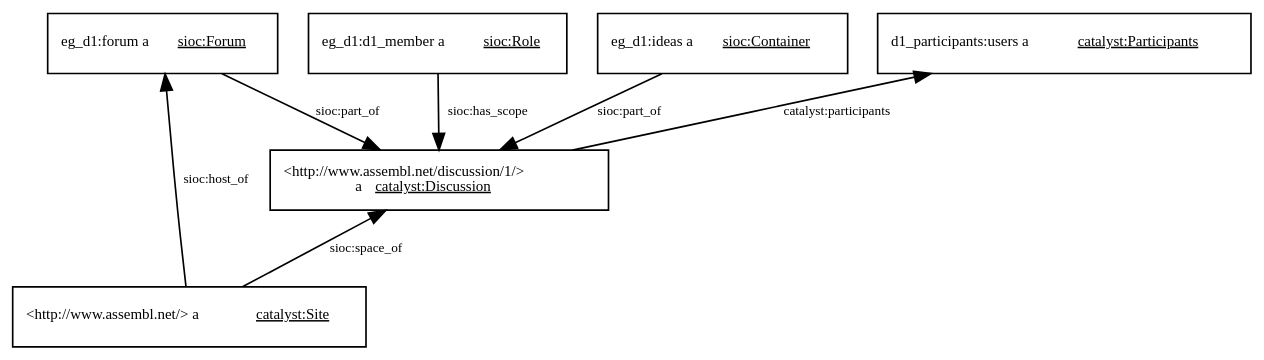
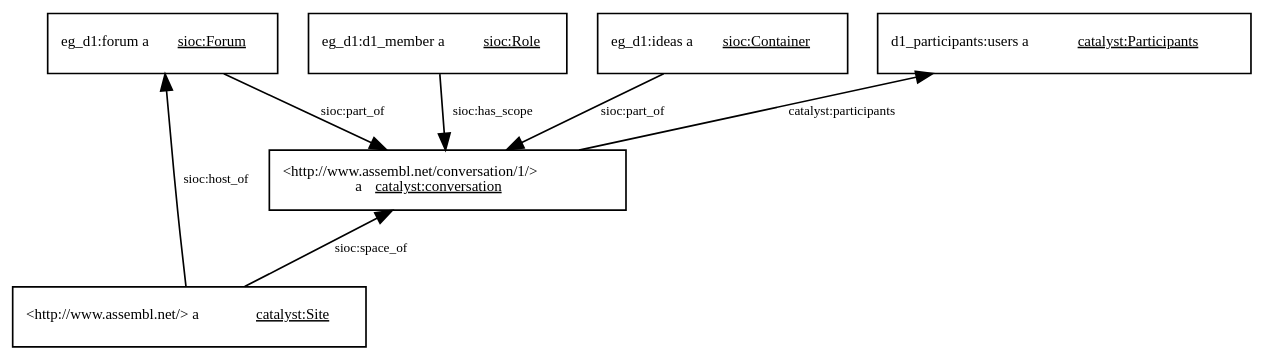
The sixth of 16 diagrams in interoperability/interoperability.md (catalyst-fp7/documents), drawn with Graphviz before and after one commit. The commit also changed other lines of this file, not shown here.

Commit message:
discussion->conversation

````diff
--- a/interoperability/interoperability.md
+++ b/interoperability/interoperability.md
@@ -869,20 +869,20 @@
 ```graphviz 0.59
 digraph g {
     graph [bgcolor="transparent", rankdir="TB", compound="true"];
     node [fillcolor=white, style=filled,  shape=record, fontsize=9];
     edge [fontsize=8];
     users [label=<d1_participants:users a <U>catalyst:Participants</U>>];
-    users->discussion [label="catalyst:participants", dir="back"];
+    users->conversation [label="catalyst:participants", dir="back"];
     forum [label=<eg_d1:forum a <U>sioc:Forum</U>>];
     site [label=<&lt;http://www.assembl.net/&gt; a <U>catalyst:Site</U>>];
     forum->site [label="sioc:host_of", dir="back"];
-    discussion->site [label="sioc:space_of", dir="back"];
+    conversation->site [label="sioc:space_of", dir="back"];
     member_role [label=<eg_d1:d1_member a <U>sioc:Role</U>>];
-    member_role->discussion [label="sioc:has_scope"];
-    discussion [label=<&lt;http://www.assembl.net/discussion/1/&gt;<br /> a <U>catalyst:Discussion</U>>];
+    member_role->conversation [label="sioc:has_scope"];
+    conversation [label=<&lt;http://www.assembl.net/conversation/1/&gt;<br /> a <U>catalyst:conversation</U>>];
     forum [label=<eg_d1:forum a <U>sioc:Forum</U>>];
     ideasContainer [label=<eg_d1:ideas a <U>sioc:Container</U>>];
-    forum->discussion [label="sioc:part_of"];
-    ideasContainer->discussion [label="sioc:part_of"];
+    forum->conversation [label="sioc:part_of"];
+    ideasContainer->conversation [label="sioc:part_of"];
 }
 ```
````
